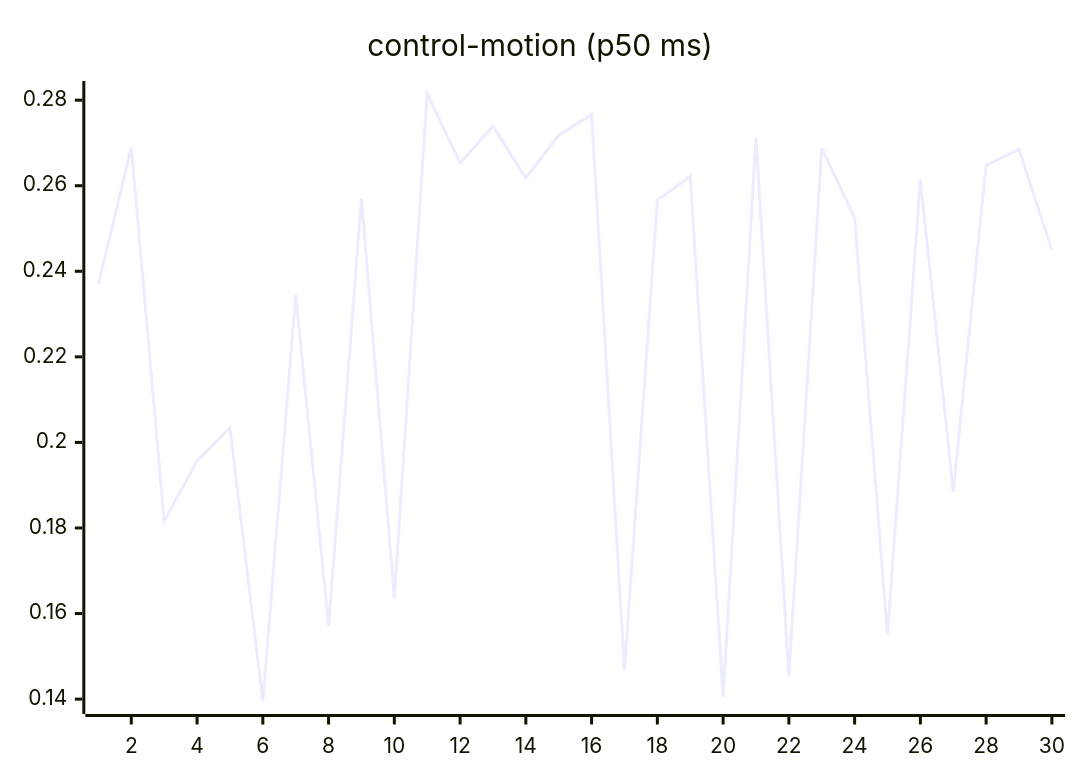
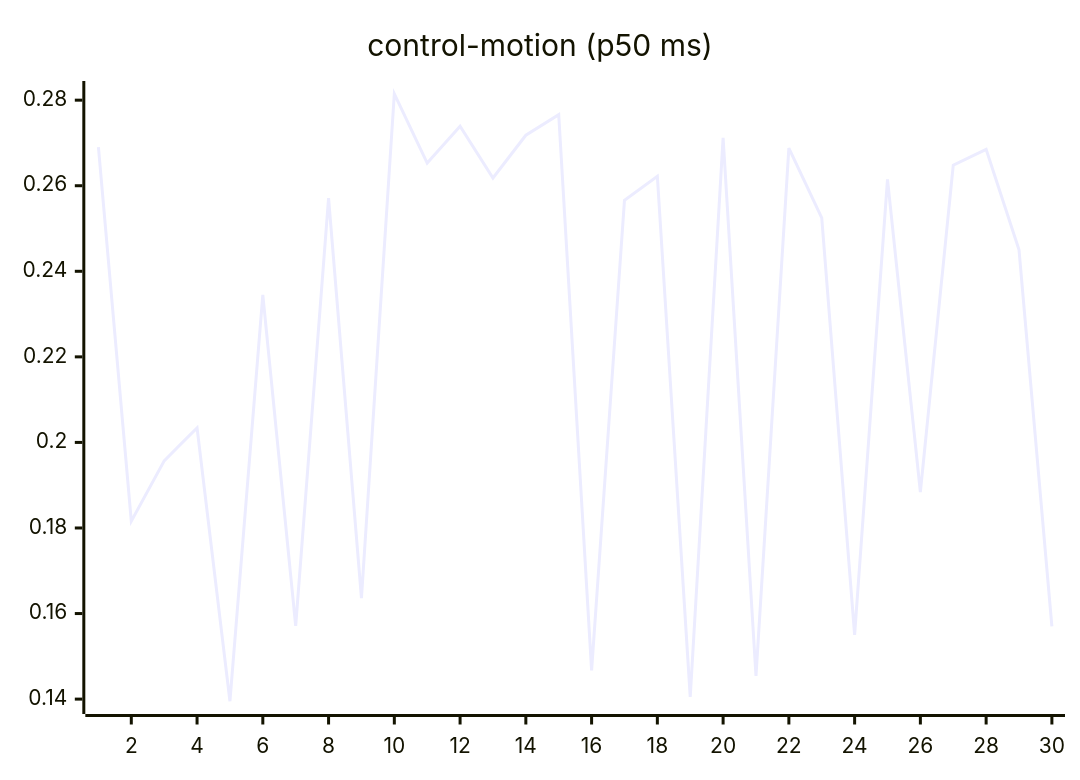
Before and after one commit to josha/Facet: the seventh of 27 diagrams in README.md, drawn with Mermaid. The commit also changed other lines of this file and 2 other files, not shown here.

````diff
--- a/README.md
+++ b/README.md
@@ -105,6 +105,6 @@
 ```mermaid
 xychart-beta
     title "control-motion (p50 ms)"
     x-axis 1 --> 30
-    line [0.2370, 0.2690, 0.1816, 0.1957, 0.2034, 0.1395, 0.2345, 0.1571, 0.2571, 0.1636, 0.2815, 0.2653, 0.2739, 0.2618, 0.2718, 0.2766, 0.1467, 0.2566, 0.2622, 0.1405, 0.2712, 0.1454, 0.2688, 0.2525, 0.1550, 0.2615, 0.1884, 0.2648, 0.2685, 0.2450]
+    line [0.2690, 0.1816, 0.1957, 0.2034, 0.1395, 0.2345, 0.1571, 0.2571, 0.1636, 0.2815, 0.2653, 0.2739, 0.2618, 0.2718, 0.2766, 0.1467, 0.2566, 0.2622, 0.1405, 0.2712, 0.1454, 0.2688, 0.2525, 0.1550, 0.2615, 0.1884, 0.2648, 0.2685, 0.2450, 0.1570]
 ```
````
